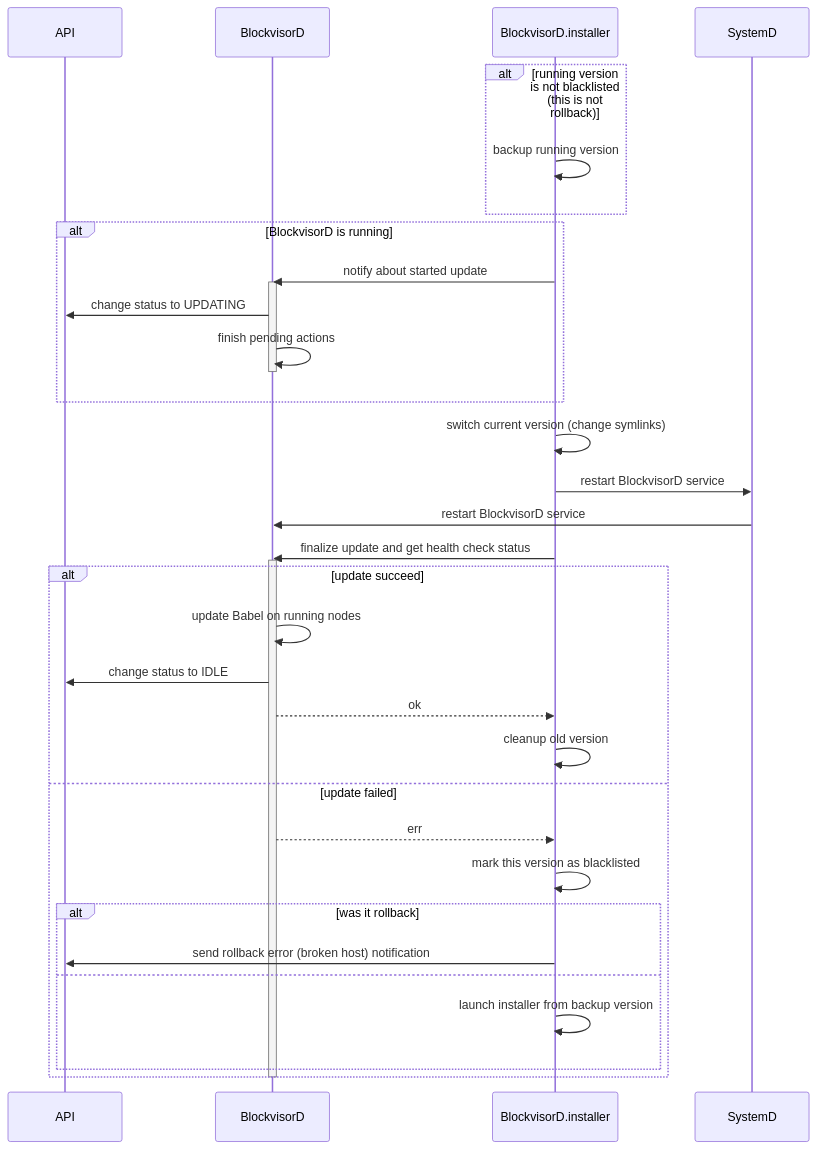
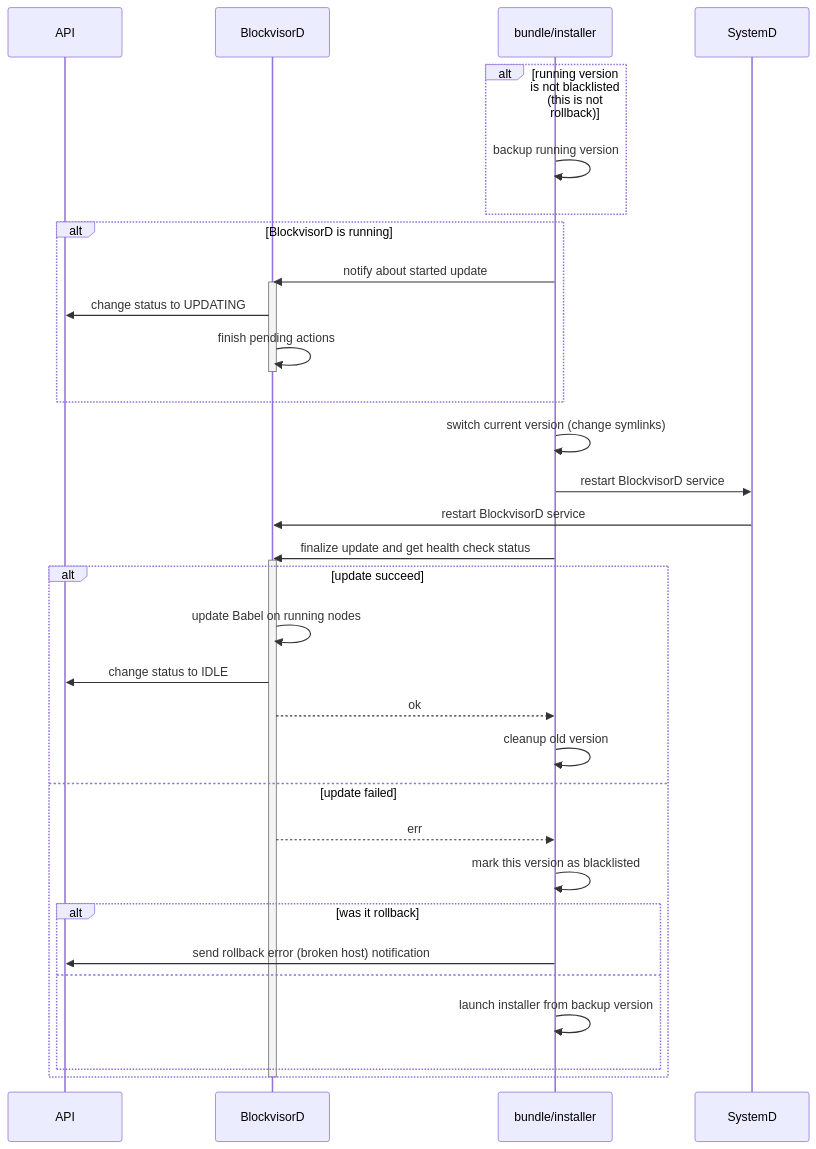
One commit to nodexeus/blockvisor changed the sixth of 7 diagrams in README.md. Above: the diagram before and after it, drawn with Mermaid. The commit also changed other lines of this file and 3 other files, not shown here.

````diff
--- a/README.md
+++ b/README.md
@@ -164,38 +192,38 @@
 ```mermaid
 sequenceDiagram
     participant api as API
     participant bv as BlockvisorD
-    participant installer as BlockvisorD.installer
+    participant installer as bundle/installer
     participant sysd as SystemD
     
     alt running version is not blacklisted (this is not rollback)
         installer ->> installer: backup running version
     end
     alt BlockvisorD is running
         installer ->> bv: notify about started update
         activate bv
         bv ->> api: change status to UPDATING
         bv ->> bv: finish pending actions    
         deactivate bv
     end
     installer ->> installer: switch current version (change symlinks)  
     installer ->> sysd: restart BlockvisorD service     
     sysd ->> bv: restart BlockvisorD service
     installer ->> bv: finalize update and get health check status
     activate bv
     alt update succeed
         bv ->> bv: update Babel on running nodes
         bv ->> api: change status to IDLE
         bv -->> installer: ok
         installer ->> installer: cleanup old version
     else update failed
         bv -->> installer: err
         installer ->> installer: mark this version as blacklisted
         alt was it rollback
             installer ->> api: send rollback error (broken host) notification
         else
             installer ->> installer: launch installer from backup version
         end
     end
     deactivate bv
 ```
````
